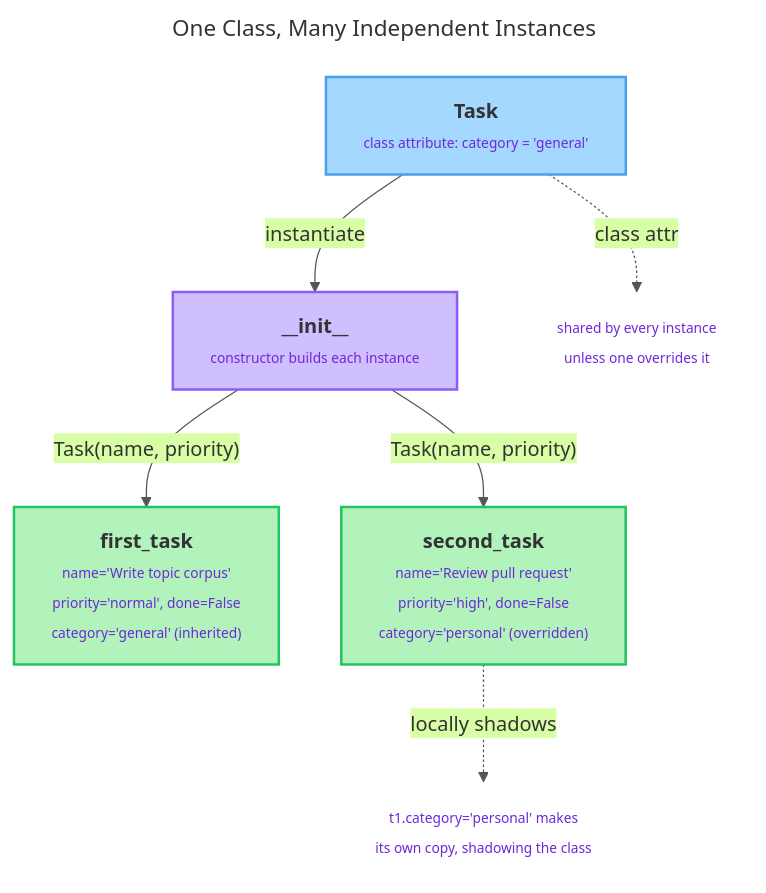
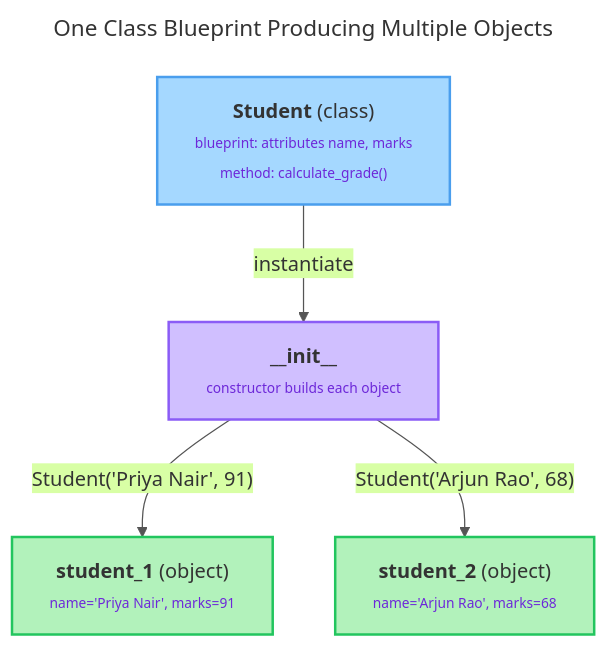
The diagram in CRESCENT/python-foundations/modules/p4-classes-objects/unit-4-1-object-oriented-foundations.md (Kaveripriya/AI-Academy), drawn with Mermaid before and after one commit. The commit also changed other lines of this file and 19 other files, not shown here.

````diff
--- a/CRESCENT/python-foundations/modules/p4-classes-objects/unit-4-1-object-oriented-foundations.md
+++ b/CRESCENT/python-foundations/modules/p4-classes-objects/unit-4-1-object-oriented-foundations.md
@@ -85,34 +149,29 @@
 ```mermaid
 ---
-title: One Class, Many Independent Instances
+title: One Class Blueprint Producing Multiple Objects
 config:
   theme: base
   themeVariables:
     primaryColor: "#a5d8ff"
     primaryBorderColor: "#4a9eed"
     lineColor: "#555"
   flowchart:
     htmlLabels: true
     curve: basis
     nodeSpacing: 50
     rankSpacing: 70
 ---
 flowchart TB
-    TASKCLASS["<b>Task</b><br/><span style='font-size:11px;color:#6d28d9'>class attribute: category = 'general'</span>"]:::start
-    CTOR["<b>__init__</b><br/><span style='font-size:11px;color:#6d28d9'>constructor builds each instance</span>"]:::auto
-    FIRST["<b>first_task</b><br/><span style='font-size:11px;color:#6d28d9'>name='Write topic corpus'<br/>priority='normal', done=False<br/>category='general' (inherited)</span>"]:::done
-    SECOND["<b>second_task</b><br/><span style='font-size:11px;color:#6d28d9'>name='Review pull request'<br/>priority='high', done=False<br/>category='personal' (overridden)</span>"]:::done
-    SHARED["<span style='font-size:11px;color:#6d28d9'>shared by every instance<br/>unless one overrides it</span>"]:::ghost
-    OVERRIDE["<span style='font-size:11px;color:#6d28d9'>t1.category='personal' makes<br/>its own copy, shadowing the class</span>"]:::ghost
+    CLASS["<b>Student</b> (class)<br/><span style='font-size:11px;color:#6d28d9'>blueprint: attributes name, marks<br/>method: calculate_grade()</span>"]:::start
+    CTOR["<b>__init__</b><br/><span style='font-size:11px;color:#6d28d9'>constructor builds each object</span>"]:::auto
+    OBJ1["<b>student_1</b> (object)<br/><span style='font-size:11px;color:#6d28d9'>name='Priya Nair', marks=91</span>"]:::done
+    OBJ2["<b>student_2</b> (object)<br/><span style='font-size:11px;color:#6d28d9'>name='Arjun Rao', marks=68</span>"]:::done
 
-    TASKCLASS -- "instantiate" --> CTOR
-    CTOR -- "Task(name, priority)" --> FIRST
-    CTOR -- "Task(name, priority)" --> SECOND
-    TASKCLASS -. "class attr" .-> SHARED
-    SECOND -. "locally shadows" .-> OVERRIDE
+    CLASS -- "instantiate" --> CTOR
+    CTOR -- "Student('Priya Nair', 91)" --> OBJ1
+    CTOR -- "Student('Arjun Rao', 68)" --> OBJ2
 
     classDef start fill:#a5d8ff,stroke:#4a9eed,stroke-width:2px
     classDef auto fill:#d0bfff,stroke:#8b5cf6,stroke-width:2px
     classDef done fill:#b2f2bb,stroke:#22c55e,stroke-width:2px
-    classDef ghost fill:none,stroke:none,color:#6d28d9
 ```
````
